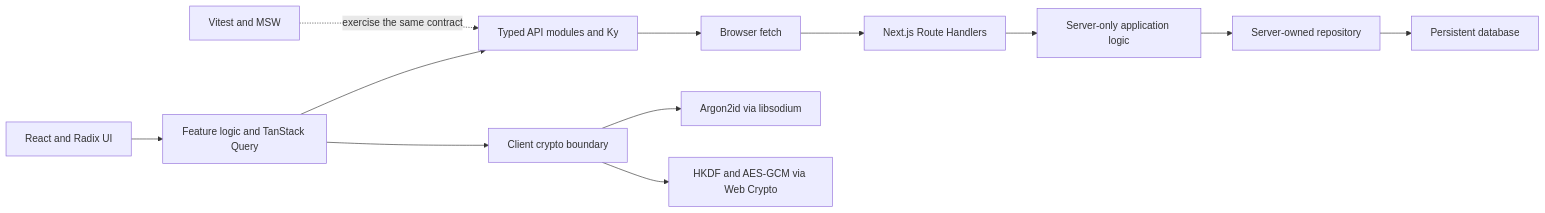
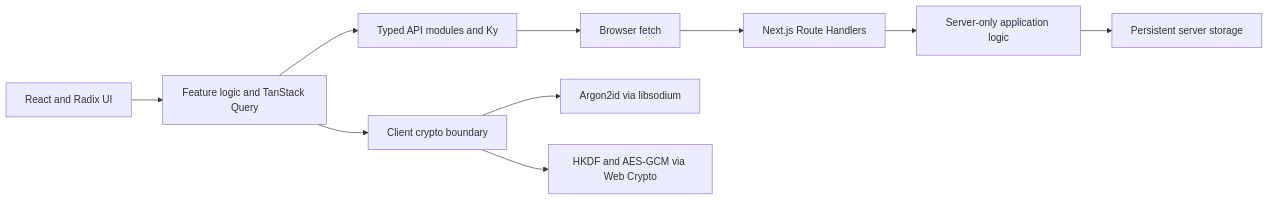
One commit to santiagoa58/blind-journal changed the diagram in README.md. Above: the diagram before and after it, drawn with Mermaid. The commit also changed other lines of this file and 92 other files, not shown here.

````diff
--- a/README.md
+++ b/README.md
@@ -132,16 +131,14 @@
 ```mermaid
 flowchart LR
     UI["React and Radix UI"] --> State["Feature logic and TanStack Query"]
     State --> API["Typed API modules and Ky"]
     API --> Fetch["Browser fetch"]
     Fetch --> Routes["Next.js Route Handlers"]
     Routes --> Server["Server-only application logic"]
-    Server --> Repository["Server-owned repository"]
-    Repository --> Database["Persistent database"]
+    Server --> Store["Persistent server storage"]
 
     State --> Crypto["Client crypto boundary"]
     Crypto --> Sodium["Argon2id via libsodium"]
     Crypto --> WebCrypto["HKDF and AES-GCM via Web Crypto"]
 
-    Tests["Vitest and MSW"] -. exercise the same contract .-> API
 ```
````
